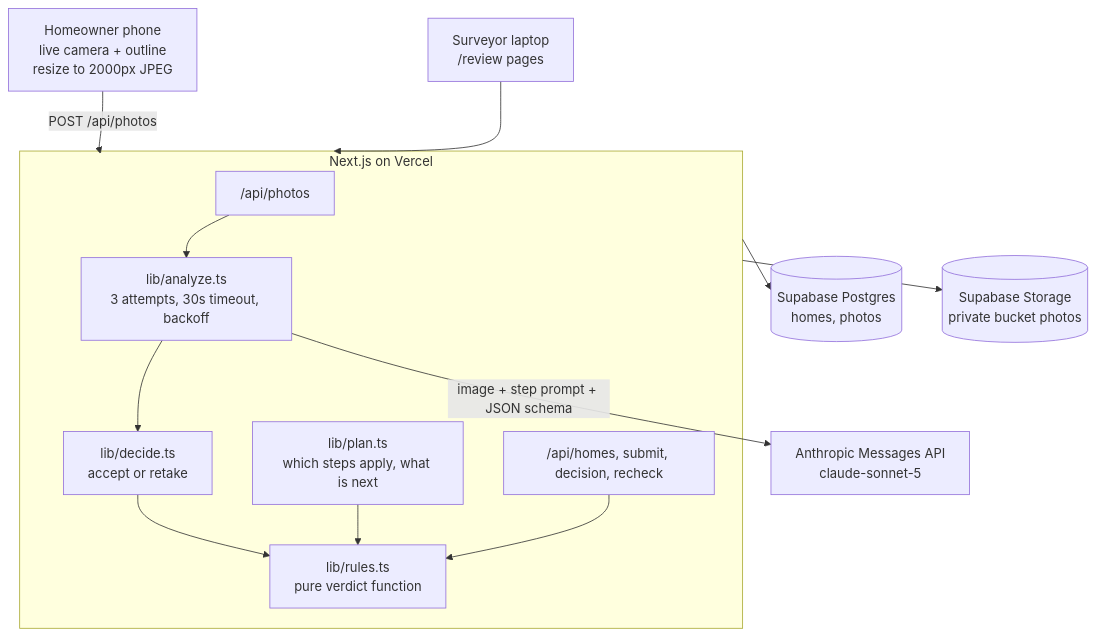
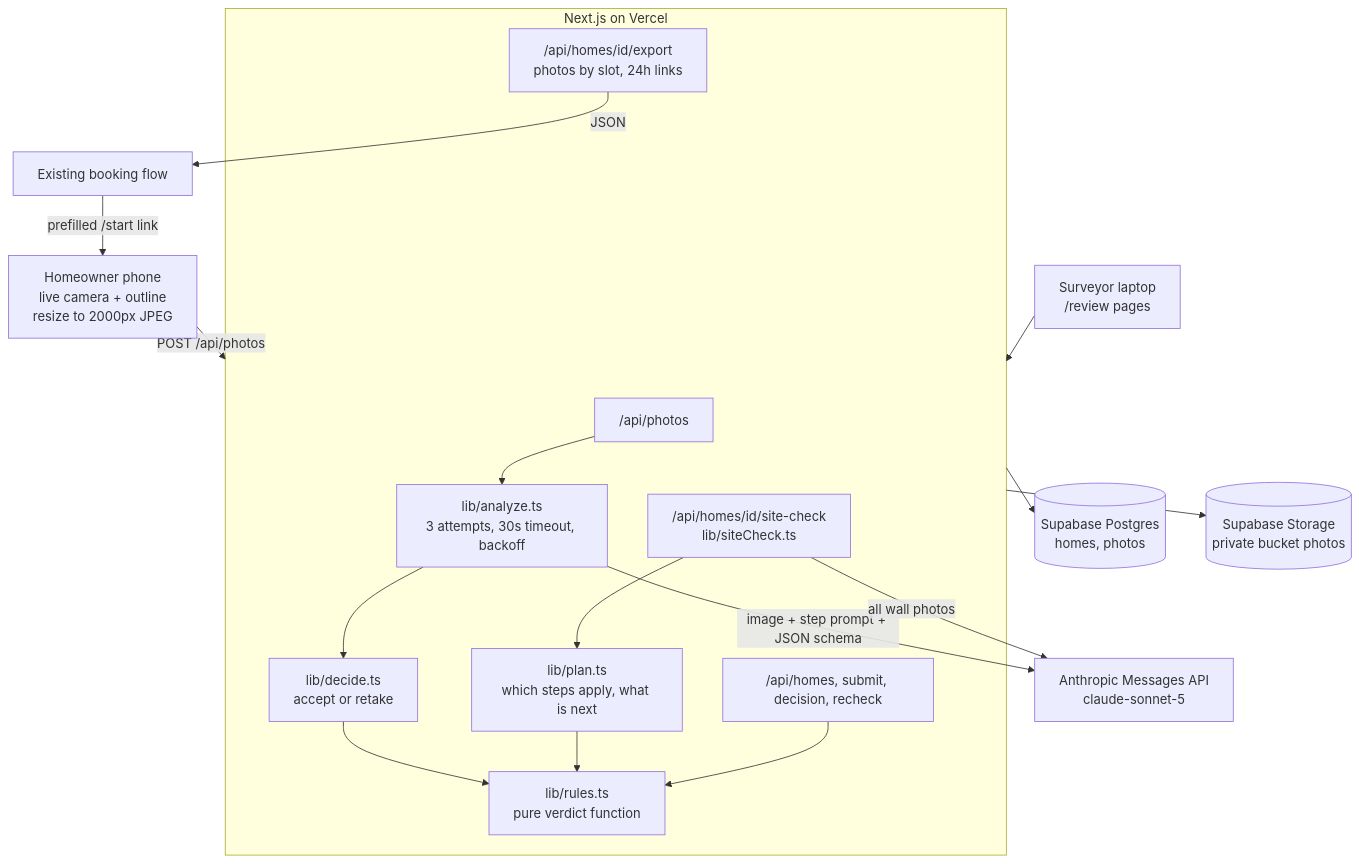
The diagram in README.md (dennycrafter/site-check), drawn with Mermaid before and after one commit. The commit also changed other lines of this file, not shown here.

````diff
--- a/README.md
+++ b/README.md
@@ -48,15 +48,20 @@
 ```mermaid
 flowchart TD
   Phone["Homeowner phone<br/>live camera + outline<br/>resize to 2000px JPEG"] -->|POST /api/photos| API
   Laptop["Surveyor laptop<br/>/review pages"] --> API
   subgraph API["Next.js on Vercel"]
     Photos["/api/photos"] --> Analyze["lib/analyze.ts<br/>3 attempts, 30s timeout, backoff"]
     Analyze --> Decide["lib/decide.ts<br/>accept or retake"]
     Decide --> Rules["lib/rules.ts<br/>pure verdict function"]
     Plan["lib/plan.ts<br/>which steps apply, what is next"] --> Rules
     Homes["/api/homes, submit, decision, recheck"] --> Rules
+    SiteCheck["/api/homes/id/site-check<br/>lib/siteCheck.ts"] --> Plan
+    Export["/api/homes/id/export<br/>photos by slot, 24h links"]
   end
+  Other["Existing booking flow"] -->|"prefilled /start link"| Phone
+  Export -->|JSON| Other
   Analyze -->|image + step prompt + JSON schema| Claude["Anthropic Messages API<br/>claude-sonnet-5"]
+  SiteCheck -->|all wall photos| Claude
   API --> DB[("Supabase Postgres<br/>homes, photos")]
   API --> Storage[("Supabase Storage<br/>private bucket photos")]
 ```
````
